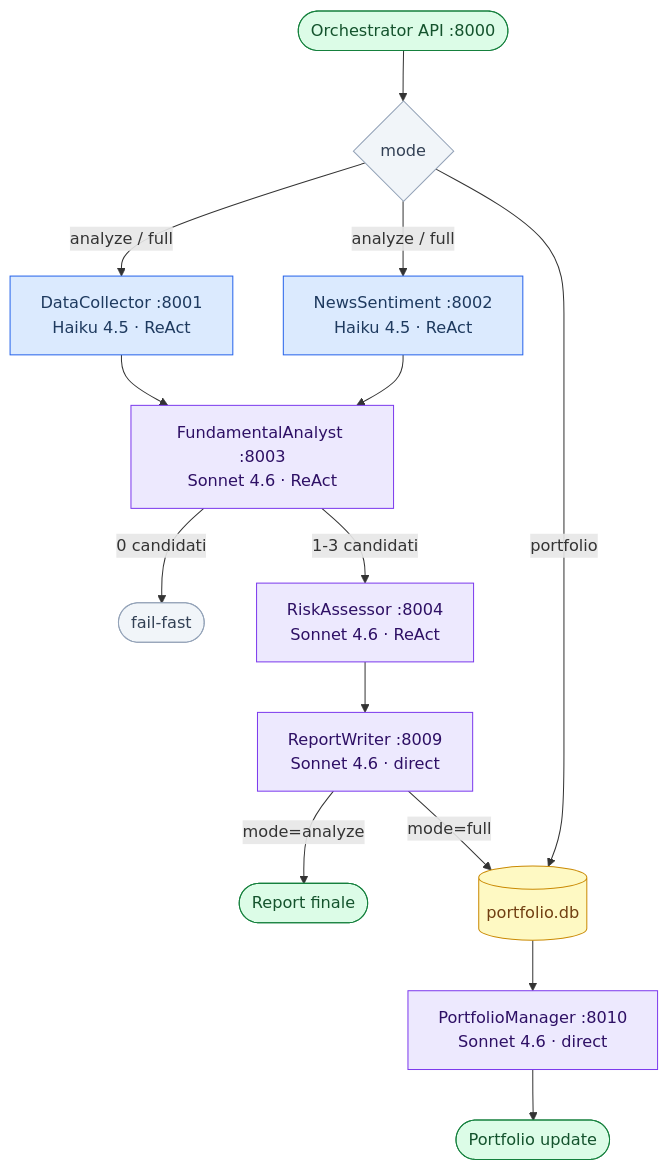
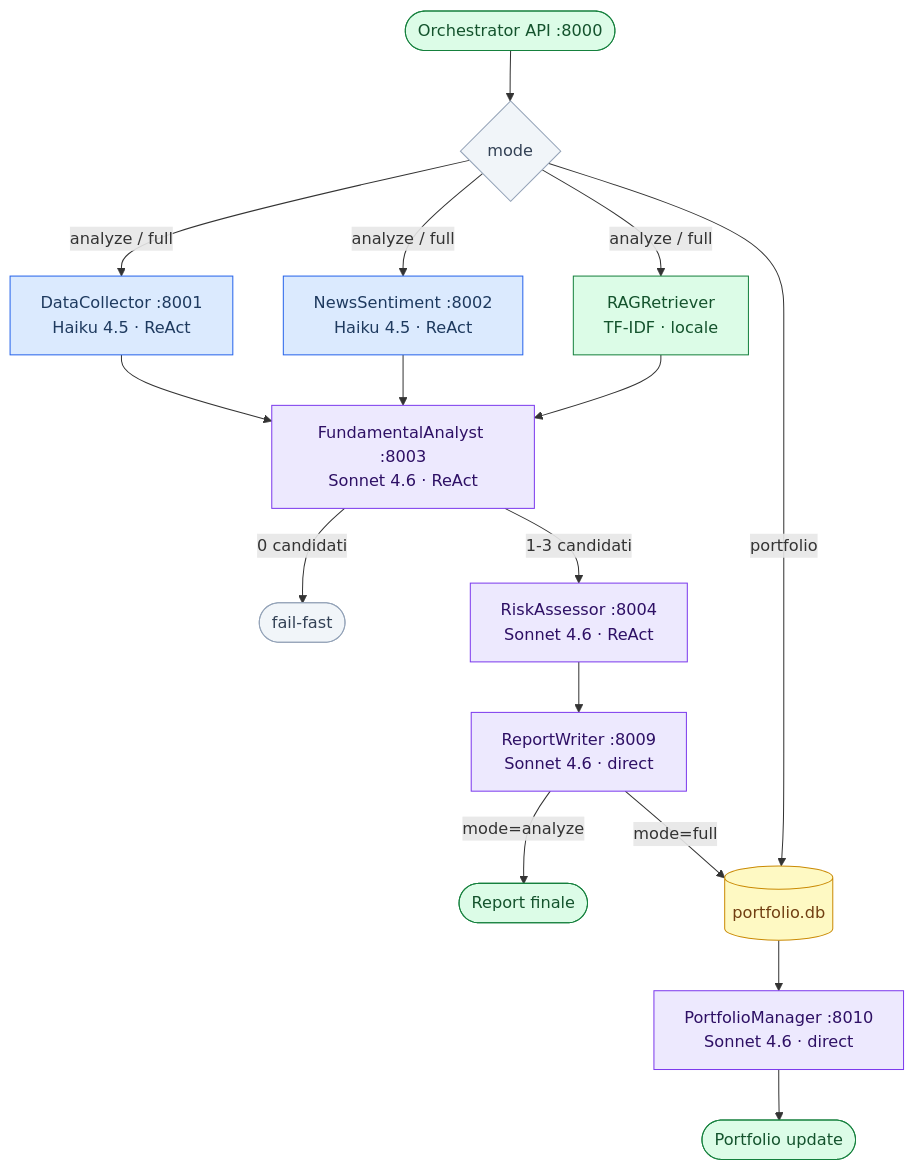
Before and after one commit to tommasobraga/equity-researcher-analyst-a2a: the first of 2 diagrams in docs/architecture.md, drawn with Mermaid. The commit also changed other lines of this file and 2 other files, not shown here.

First line of the commit message:
docs: aggiornamento completo documentazione con RAG e architettura v3

````diff
--- a/docs/architecture.md
+++ b/docs/architecture.md
@@ -7,40 +7,41 @@
 ```mermaid
 flowchart TD
     classDef haiku  fill:#dbeafe,stroke:#2563eb,color:#1e3a5f
     classDef sonnet fill:#ede9fe,stroke:#7c3aed,color:#2e1065
     classDef infra  fill:#dcfce7,stroke:#15803d,color:#14532d
     classDef store  fill:#fef9c3,stroke:#ca8a04,color:#713f12
     classDef term   fill:#f1f5f9,stroke:#94a3b8,color:#334155
 
     START(["Orchestrator API :8000"]):::infra
     START --> MODE{mode}:::term
 
-    MODE -->|"analyze / full"| DC & NS
+    MODE -->|"analyze / full"| DC & NS & RAG
     MODE -->|portfolio| PL
 
     DC["DataCollector :8001<br/>Haiku 4.5 · ReAct"]:::haiku
     NS["NewsSentiment :8002<br/>Haiku 4.5 · ReAct"]:::haiku
+    RAG["RAGRetriever<br/>TF-IDF · locale"]:::infra
 
-    DC & NS --> FA
+    DC & NS & RAG --> FA
 
     FA["FundamentalAnalyst :8003<br/>Sonnet 4.6 · ReAct"]:::sonnet
 
     FA -->|"0 candidati"| STOP(["fail-fast"]):::term
     FA -->|"1-3 candidati"| RA
 
     RA["RiskAssessor :8004<br/>Sonnet 4.6 · ReAct"]:::sonnet
 
     RA --> RW
 
     RW["ReportWriter :8009<br/>Sonnet 4.6 · direct"]:::sonnet
 
     RW -->|"mode=analyze"| OUT_A(["Report finale"]):::infra
     RW -->|"mode=full"| PL
 
     PL[("portfolio.db")]:::store
     PL --> PM
 
     PM["PortfolioManager :8010<br/>Sonnet 4.6 · direct"]:::sonnet
 
     PM --> OUT_B(["Portfolio update"]):::infra
 ```
````
